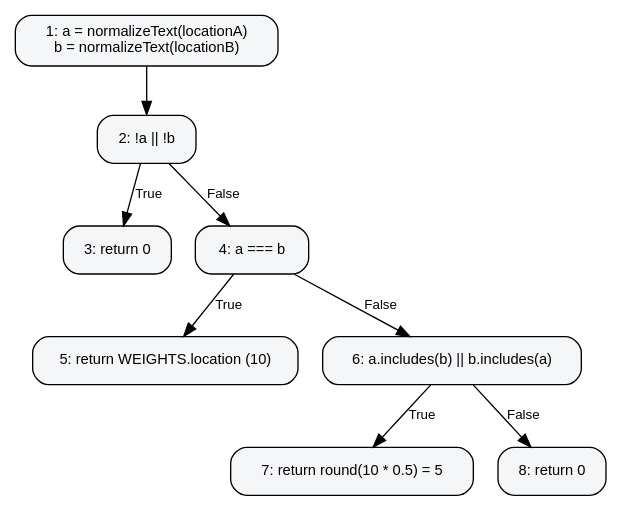
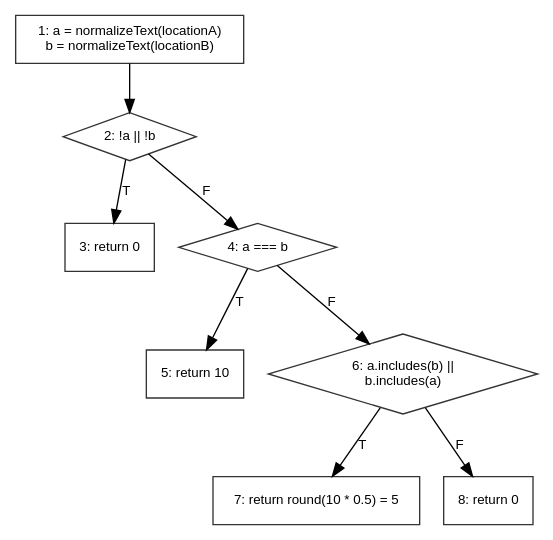
The diagram in report-assets/cfg/scoreLocation.dot (Meili1407/Software-Testing-LostFound), drawn with Graphviz before and after one commit. The commit also changed 28 other files, not shown here.

```diff
--- a/report-assets/cfg/scoreLocation.dot
+++ b/report-assets/cfg/scoreLocation.dot
@@ -1,22 +1,22 @@
 digraph scoreLocation {
   rankdir=TB;
-  node [shape=box, style="rounded,filled", fillcolor="#f5f6f8", fontname="Helvetica", fontsize=11, margin="0.15,0.1"];
+  node [shape=box, fontname="Helvetica", fontsize=10, color="#333333"];
   edge [fontname="Helvetica", fontsize=10];
 
   N1 [label="1: a = normalizeText(locationA)\nb = normalizeText(locationB)"];
-  N2 [label="2: !a || !b"];
+  N2 [shape=diamond, label="2: !a || !b"];
   N3 [label="3: return 0"];
-  N4 [label="4: a === b"];
-  N5 [label="5: return WEIGHTS.location (10)"];
-  N6 [label="6: a.includes(b) || b.includes(a)"];
+  N4 [shape=diamond, label="4: a === b"];
+  N5 [label="5: return 10"];
+  N6 [shape=diamond, label="6: a.includes(b) ||\nb.includes(a)"];
   N7 [label="7: return round(10 * 0.5) = 5"];
   N8 [label="8: return 0"];
 
   N1 -> N2;
-  N2 -> N3 [label="True"];
-  N2 -> N4 [label="False"];
-  N4 -> N5 [label="True"];
-  N4 -> N6 [label="False"];
-  N6 -> N7 [label="True"];
-  N6 -> N8 [label="False"];
+  N2 -> N3 [label="T"];
+  N2 -> N4 [label="F"];
+  N4 -> N5 [label="T"];
+  N4 -> N6 [label="F"];
+  N6 -> N7 [label="T"];
+  N6 -> N8 [label="F"];
 }
```
